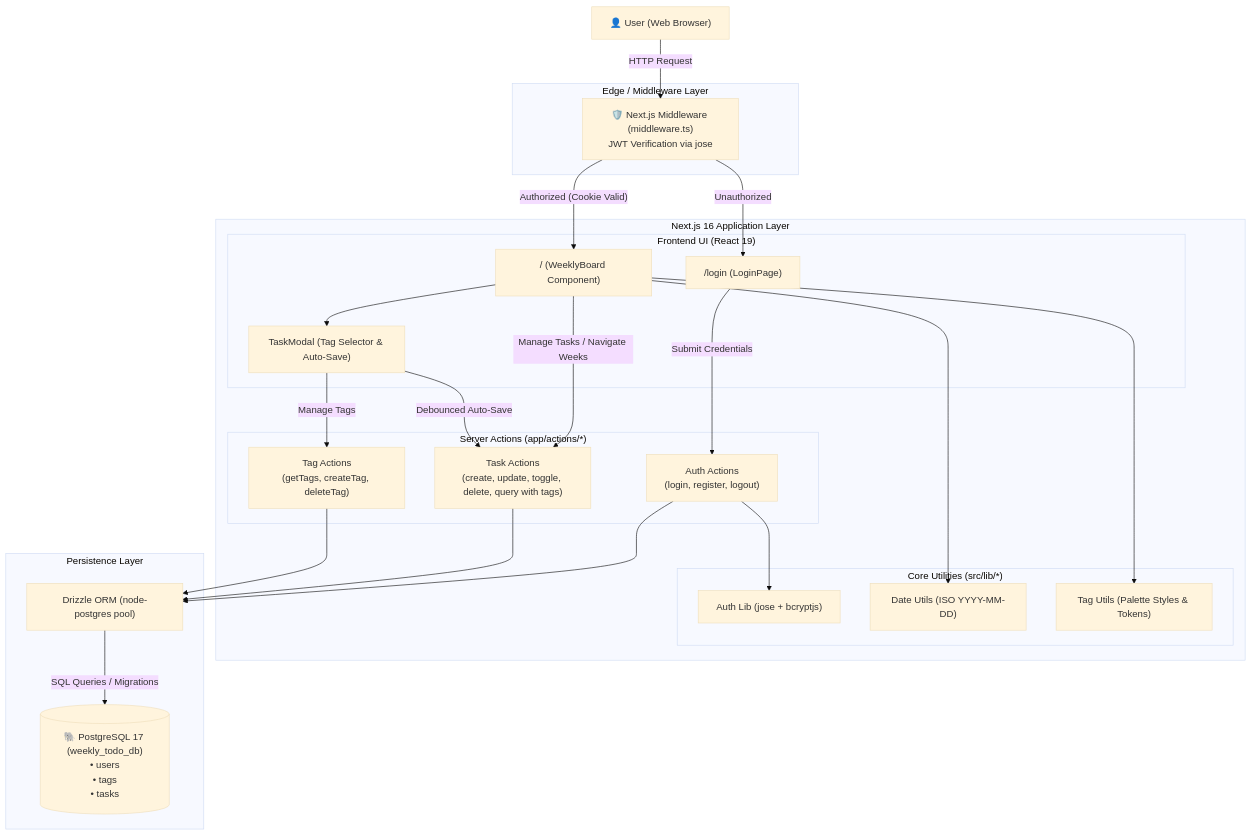
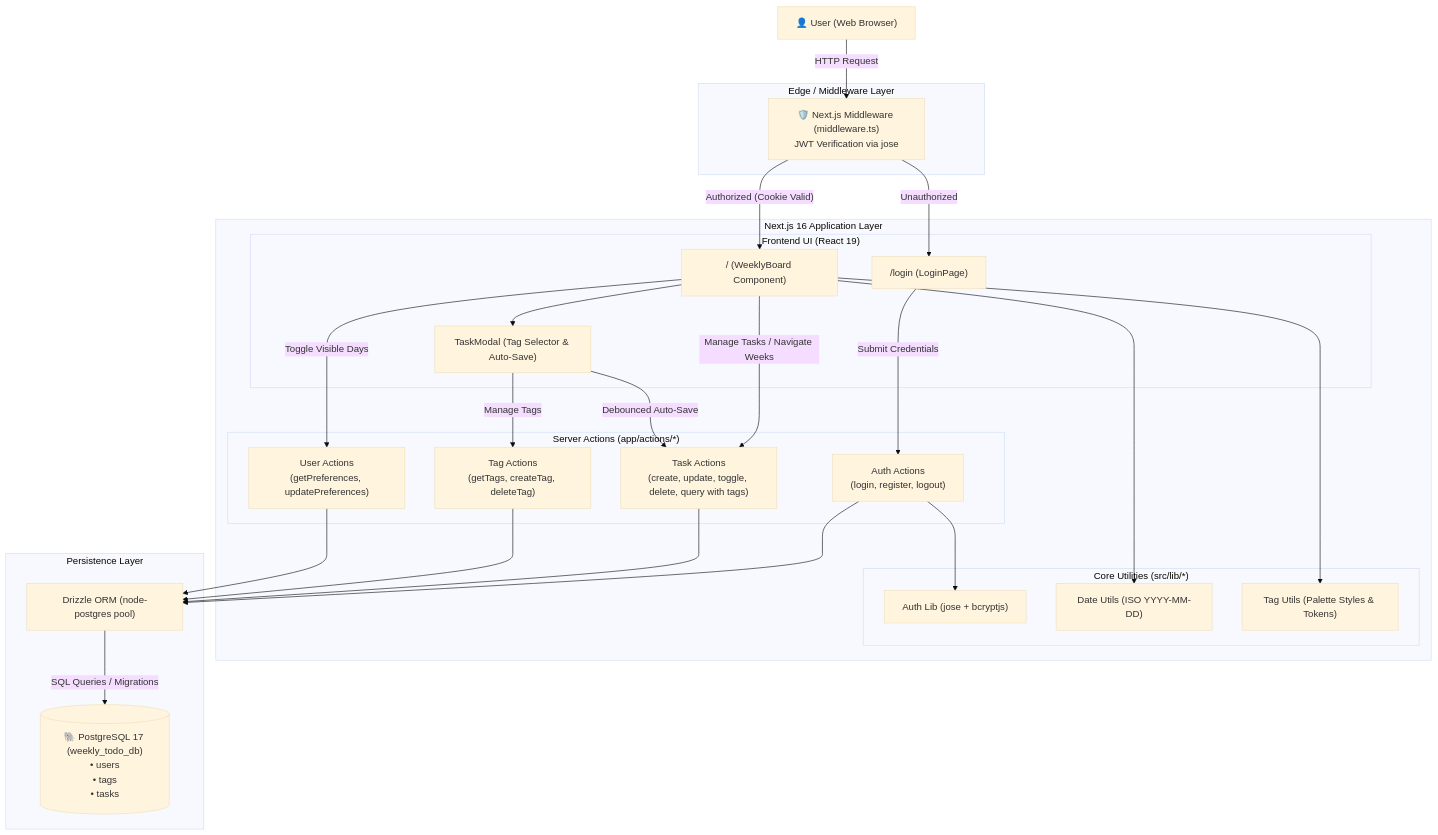
The diagram in ARCHITECTURE.md (caiomrlo/weekly-to-do-list), drawn with Mermaid (base theme) before and after one commit. The commit also changed other lines of this file and 8 other files, not shown here.

````diff
--- a/ARCHITECTURE.md
+++ b/ARCHITECTURE.md
@@ -54,50 +52,53 @@
 ```mermaid
 flowchart TD
     User["👤 User (Web Browser)"]
 
     subgraph EdgeLayer["Edge / Middleware Layer"]
         Middleware["🛡️ Next.js Middleware (middleware.ts)\nJWT Verification via jose"]
     end
 
     subgraph AppLayer["Next.js 16 Application Layer"]
         subgraph UI["Frontend UI (React 19)"]
             LoginPage["/login (LoginPage)"]
             WeeklyBoard["/ (WeeklyBoard Component)"]
             TaskModal["TaskModal (Tag Selector & Auto-Save)"]
         end
 
         subgraph ServerActions["Server Actions (app/actions/*)"]
             AuthActions["Auth Actions\n(login, register, logout)"]
             TagActions["Tag Actions\n(getTags, createTag, deleteTag)"]
             TaskActions["Task Actions\n(create, update, toggle, delete, query with tags)"]
+            UserActions["User Actions\n(getPreferences, updatePreferences)"]
         end
 
         subgraph Lib["Core Utilities (src/lib/*)"]
             AuthLib["Auth Lib (jose + bcryptjs)"]
             DateUtils["Date Utils (ISO YYYY-MM-DD)"]
             TagUtils["Tag Utils (Palette Styles & Tokens)"]
         end
     end
 
     subgraph DataLayer["Persistence Layer"]
         Drizzle["Drizzle ORM (node-postgres pool)"]
         Postgres[("🐘 PostgreSQL 17 (weekly_todo_db)\n• users\n• tags\n• tasks")]
     end
 
     %% Flow connections
     User -->|"HTTP Request"| Middleware
     Middleware -->|"Authorized (Cookie Valid)"| WeeklyBoard
     Middleware -->|"Unauthorized"| LoginPage
     LoginPage -->|"Submit Credentials"| AuthActions
     AuthActions --> AuthLib
     AuthActions --> Drizzle
     WeeklyBoard -->|"Manage Tasks / Navigate Weeks"| TaskActions
+    WeeklyBoard -->|"Toggle Visible Days"| UserActions
     WeeklyBoard --> TaskModal
     TaskModal -->|"Manage Tags"| TagActions
     TaskModal -->|"Debounced Auto-Save"| TaskActions
     WeeklyBoard --> DateUtils
     WeeklyBoard --> TagUtils
     TaskActions --> Drizzle
     TagActions --> Drizzle
+    UserActions --> Drizzle
     Drizzle -->|"SQL Queries / Migrations"| Postgres
 ```
````
